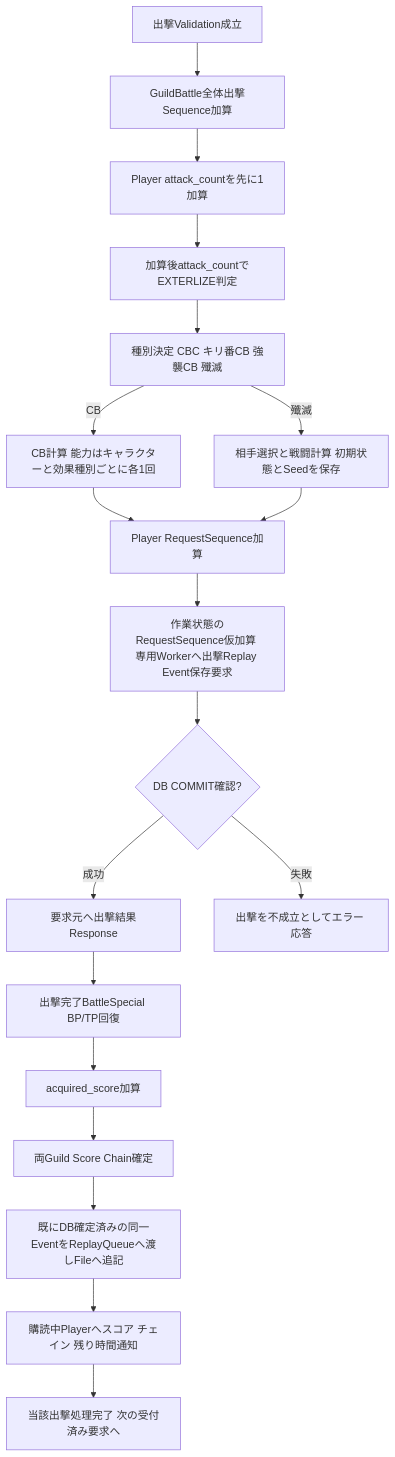
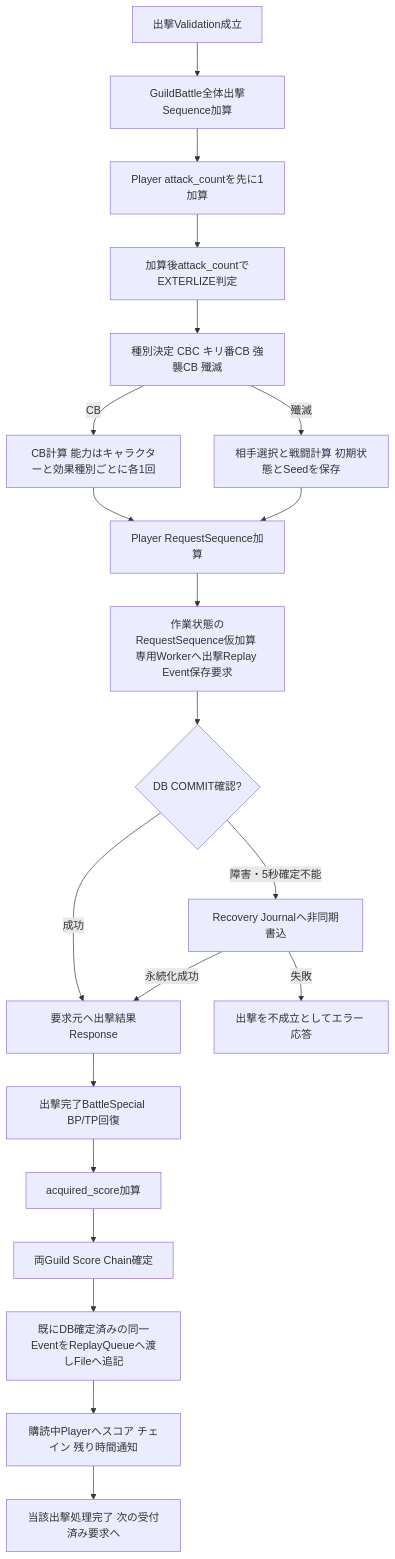
Before and after one commit to ReHydrangeaOdyssey/Specifications: the third of 5 diagrams in design/programming/server/guild_battle_runtime.md, drawn with Mermaid. The commit also changed other lines of this file and 28 other files, not shown here.

````diff
--- a/design/programming/server/guild_battle_runtime.md
+++ b/design/programming/server/guild_battle_runtime.md
@@ -110,21 +110,23 @@
 ```mermaid
 flowchart TD
     A[出撃Validation成立] --> S[GuildBattle全体出撃Sequence加算]
     S --> AC[Player attack_countを先に1加算]
     AC --> EX[加算後attack_countでEXTERLIZE判定]
     EX --> K[種別決定 CBC キリ番CB 強襲CB 殲滅]
     K -->|CB| CB[CB計算 能力はキャラクターと効果種別ごとに各1回]
     K -->|殲滅| T[相手選択と戦闘計算 初期状態とSeedを保存]
     CB --> RS[Player RequestSequence加算]
     T --> RS
     RS --> DUR[作業状態のRequestSequence仮加算 専用Workerへ出撃Replay Event保存要求]
     DUR --> ACK{DB COMMIT確認?}
     ACK -->|成功| RESP[要求元へ出撃結果Response]
-    ACK -->|失敗| ERR[出撃を不成立としてエラー 応答]
+    ACK -->|障害・5秒確定不能| LOCAL[Recovery Journalへ非同期書込]
+    LOCAL -->|永続化成功| RESP
+    LOCAL -->|失敗| ERR[出撃を不成立としてエラー 応答]
     RESP --> B[出撃完了BattleSpecial BP/TP回復]
     B --> SC[acquired_score加算]
     SC --> CH[両Guild Score Chain確定]
     CH --> RP[既にDB確定済みの同一EventをReplayQueueへ渡しFileへ追記]
     RP --> N[購読中Playerへスコア チェイン 残り時間通知]
     N --> END[当該出撃処理完了 次の受付済み要求へ]
 ```
````
